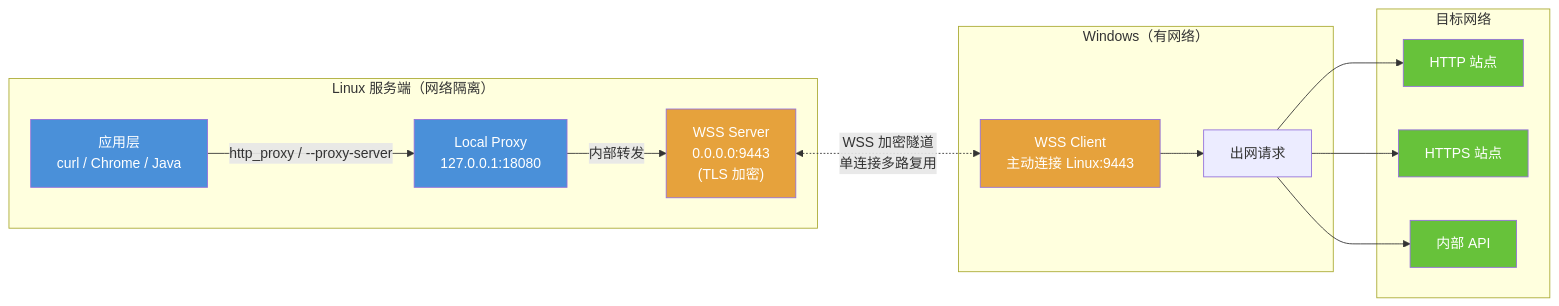
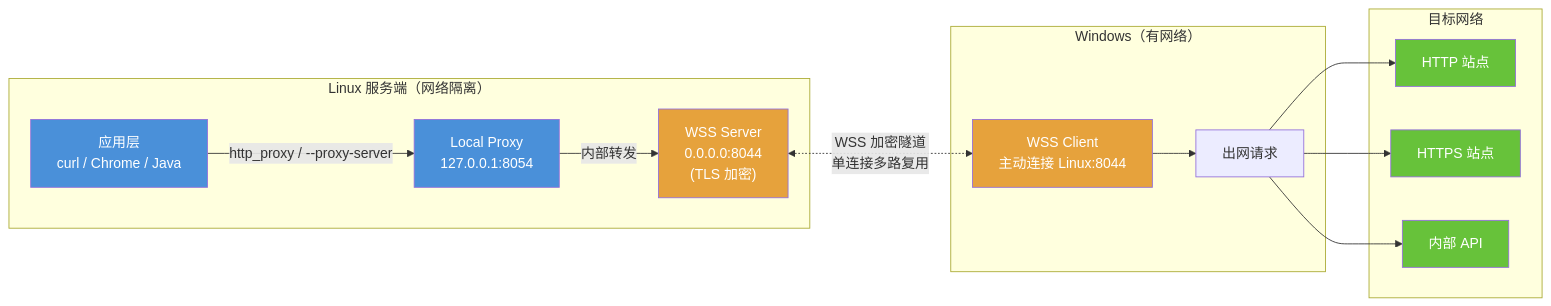
One commit to scutshuxue/ai-coding-research changed the first of 18 diagrams in dev_project/proxy-tunnel/wss-tunnel-design.md. Above: the diagram before and after it, drawn with Mermaid. The commit also changed other lines of this file and 1 other file, not shown here.

First line of the commit message:
docs: 同步 WSS 隧道设计文档和实施计划与实际代码实现

````diff
--- a/dev_project/proxy-tunnel/wss-tunnel-design.md
+++ b/dev_project/proxy-tunnel/wss-tunnel-design.md
@@ -39,35 +39,35 @@
 ```mermaid
 graph LR
     subgraph Linux["Linux 服务端（网络隔离）"]
         APP["应用层<br/>curl / Chrome / Java"]
-        LP["Local Proxy<br/>127.0.0.1:18080"]
-        TS["WSS Server<br/>0.0.0.0:9443<br/>(TLS 加密)"]
+        LP["Local Proxy<br/>127.0.0.1:8054"]
+        TS["WSS Server<br/>0.0.0.0:8044<br/>(TLS 加密)"]
     end
 
     subgraph Windows["Windows（有网络）"]
-        TC["WSS Client<br/>主动连接 Linux:9443"]
+        TC["WSS Client<br/>主动连接 Linux:8044"]
         OUT["出网请求"]
     end
 
     subgraph Internet["目标网络"]
         HTTP["HTTP 站点"]
         HTTPS["HTTPS 站点"]
         API["内部 API"]
     end
 
     APP -->|"http_proxy / --proxy-server"| LP
     LP -->|"内部转发"| TS
     TS <-.->|"WSS 加密隧道<br/>单连接多路复用"| TC
     TC --> OUT
     OUT --> HTTP
     OUT --> HTTPS
     OUT --> API
 
     style APP fill:#4a90d9,color:#fff
     style LP fill:#4a90d9,color:#fff
     style TS fill:#e6a23c,color:#fff
     style TC fill:#e6a23c,color:#fff
     style HTTP fill:#67c23a,color:#fff
     style HTTPS fill:#67c23a,color:#fff
     style API fill:#67c23a,color:#fff
 ```
````
